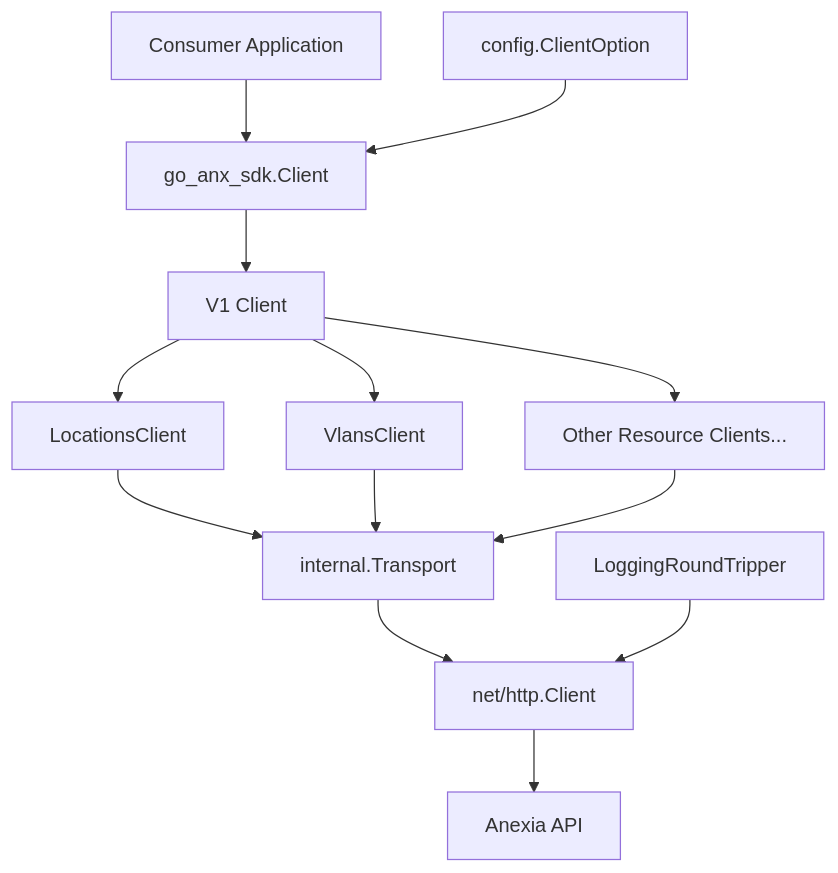
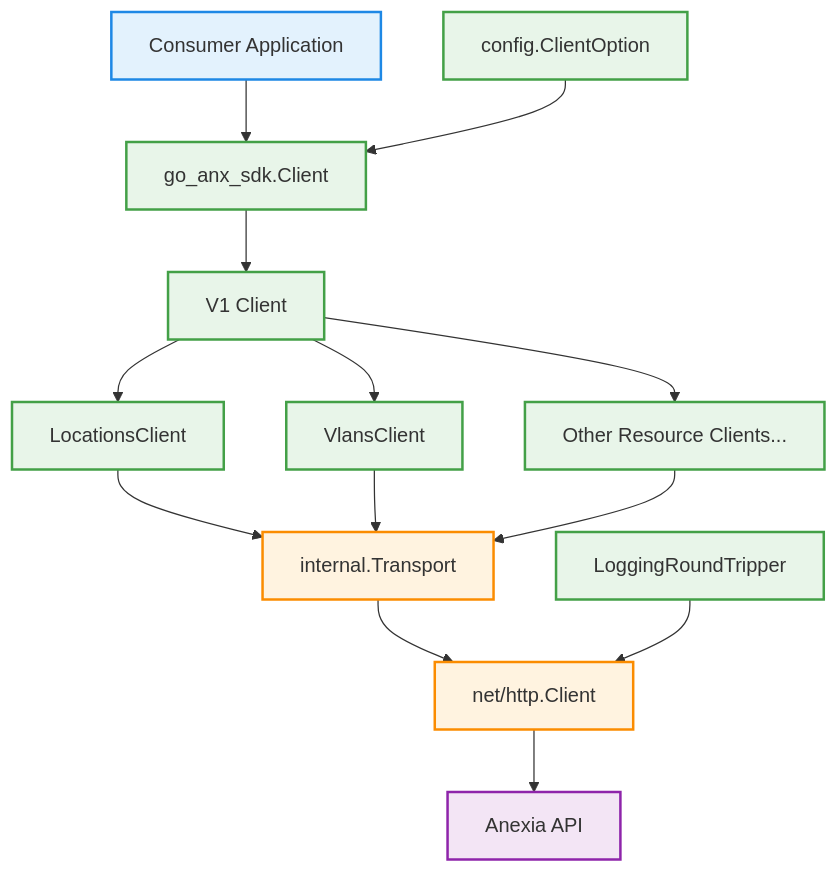
The first of 2 diagrams in README.md (kkostial/go-anx-sdk), drawn with Mermaid before and after one commit. The commit also changed other lines of this file, not shown here.

Commit message:
recolor structure diagram

````diff
--- a/README.md
+++ b/README.md
@@ -61,26 +61,48 @@
 ```mermaid
 flowchart TD
-    A[Consumer Application]
+    Consumer[Consumer Application]
 
-    A --> B[go_anx_sdk.Client]
+    SdkClient[go_anx_sdk.Client]
+    V1Client[V1 Client]
 
-    B --> C[V1 Client]
+    LocationsClient[LocationsClient]
+    VlansClient[VlansClient]
+    OtherClients[Other Resource Clients...]
 
-    C --> D[LocationsClient]
-    C --> E[VlansClient]
-    C --> F[Other Resource Clients...]
+    Transport[internal.Transport]
+    HttpClient[net/http.Client]
+    AnxApi[Anexia API]
 
-    D --> G[internal.Transport]
-    E --> G
-    F --> G
+    ClientOption[config.ClientOption]
+    LoggingRoundTripper[LoggingRoundTripper]
 
-    G --> H[net/http.Client]
+    Consumer --> SdkClient
+    SdkClient --> V1Client
+    V1Client --> LocationsClient
+    V1Client --> VlansClient
+    V1Client --> OtherClients
 
-    H --> I[Anexia API]
+    LocationsClient --> Transport
+    VlansClient --> Transport
+    OtherClients --> Transport
 
-    J[config.ClientOption]
-    J --> B
+    Transport --> HttpClient
+    HttpClient --> AnxApi
 
-    K[LoggingRoundTripper]
-    K --> H
+    ClientOption --> SdkClient
+    LoggingRoundTripper --> HttpClient
+
+%% -----------------------
+%% Styling / grouping
+%% -----------------------
+
+    classDef app fill:#E3F2FD,stroke:#1E88E5,stroke-width:2px;
+    classDef sdk_public fill:#E8F5E9,stroke:#43A047,stroke-width:2px;
+    classDef sdk_internal fill:#FFF3E0,stroke:#FB8C00,stroke-width:2px;
+    classDef api fill:#F3E5F5,stroke:#8E24AA,stroke-width:2px;
+
+    class Consumer app;
+    class SdkClient,V1Client,LocationsClient,VlansClient,OtherClients,ClientOption,LoggingRoundTripper sdk_public;
+    class Transport,HttpClient sdk_internal;
+    class AnxApi api;
 ```
````
